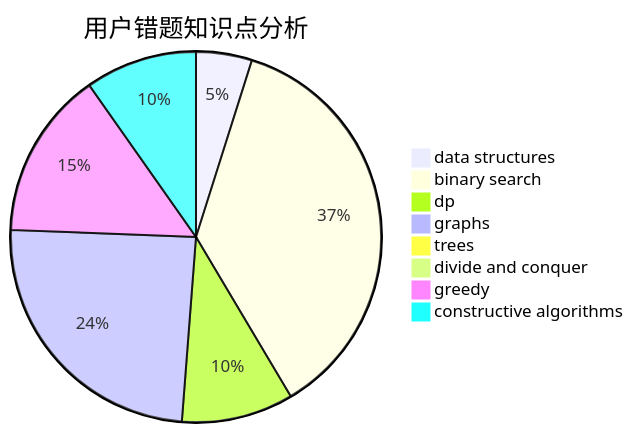
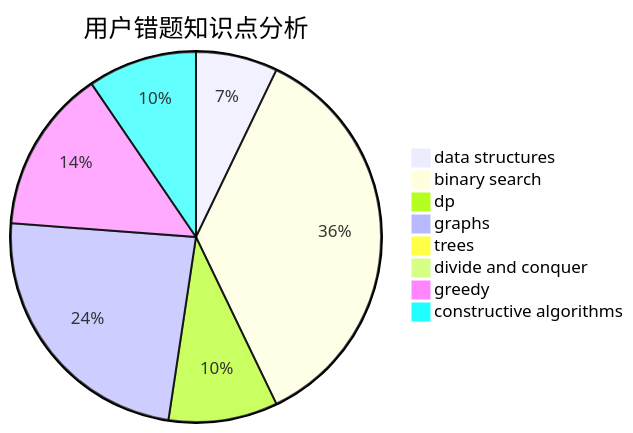
Before and after one commit to sherpahu/cfrs.github.io: the third of 3 diagrams in docs/user/u670.md, drawn with Mermaid. The commit also changed other lines of this file and 2770 other files, not shown here.

````diff
--- a/docs/user/u670.md
+++ b/docs/user/u670.md
@@ -36,11 +36,11 @@
 ```mermaid
 pie title 用户错题知识点分析
-    "data structures" :  2
+    "data structures" :  3
     "binary search" :  15
     "dp" :  4
     "graphs" :  10
     "trees" :  0
     "divide and conquer" :  0
     "greedy" :  6
     "constructive algorithms" :  4
 ```
````
